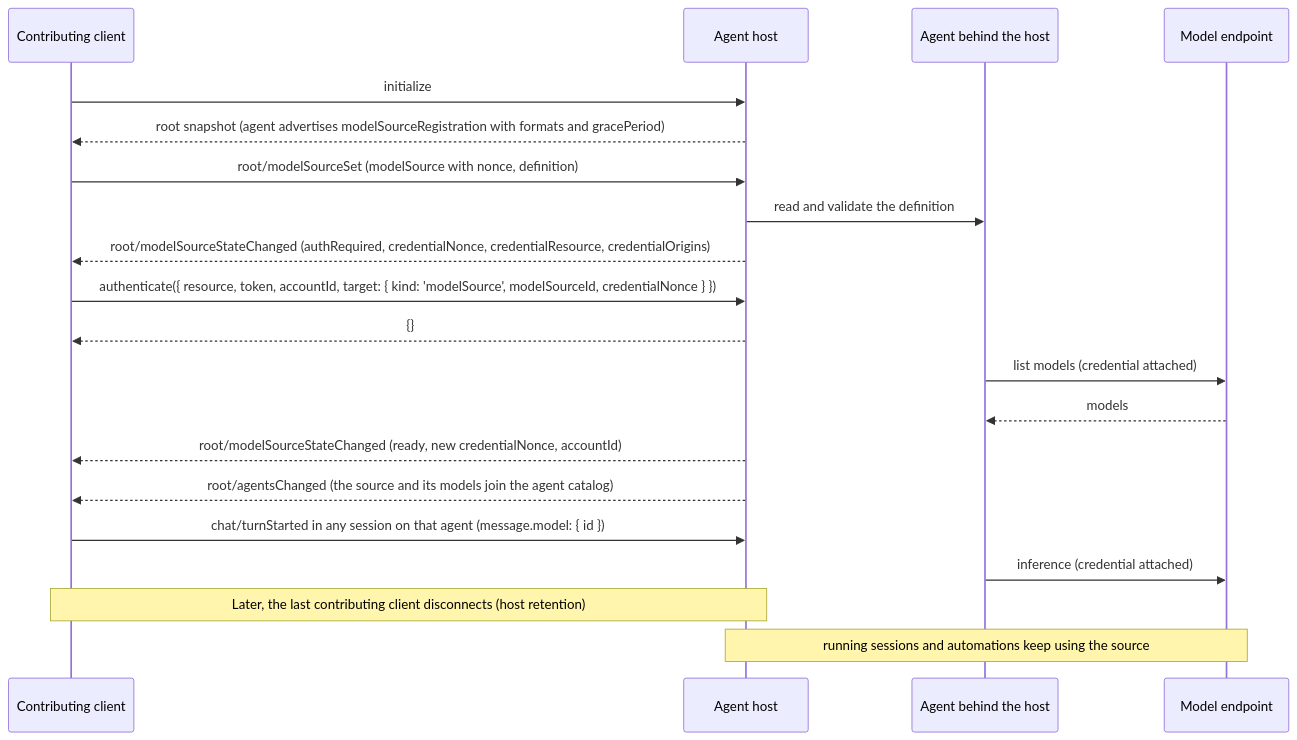
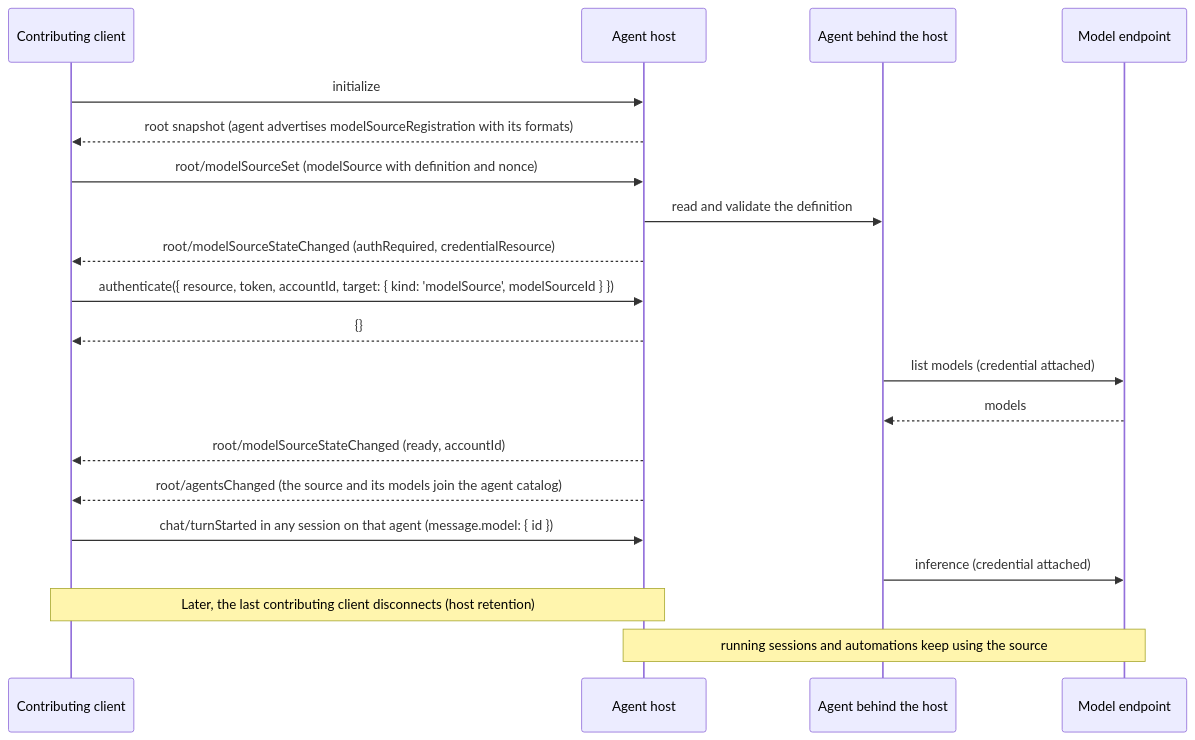
Before and after one commit to microsoft/agent-host-protocol: the second of 2 diagrams in docs/proposals/model-source-registry.md, drawn with Mermaid. The commit also changed other lines of this file, not shown here.

````diff
--- a/docs/proposals/model-source-registry.md
+++ b/docs/proposals/model-source-registry.md
@@ -616,27 +590,27 @@
 ```mermaid
 sequenceDiagram
     participant C as Contributing client
     participant H as Agent host
     participant A as Agent behind the host
     participant E as Model endpoint
 
     C->>H: initialize
-    H-->>C: root snapshot (agent advertises modelSourceRegistration with formats and gracePeriod)
+    H-->>C: root snapshot (agent advertises modelSourceRegistration with its formats)
 
-    C->>H: root/modelSourceSet (modelSource with nonce, definition)
+    C->>H: root/modelSourceSet (modelSource with definition and nonce)
     H->>A: read and validate the definition
-    H-->>C: root/modelSourceStateChanged (authRequired, credentialNonce, credentialResource, credentialOrigins)
+    H-->>C: root/modelSourceStateChanged (authRequired, credentialResource)
 
-    C->>H: authenticate({ resource, token, accountId, target: { kind: 'modelSource', modelSourceId, credentialNonce } })
+    C->>H: authenticate({ resource, token, accountId, target: { kind: 'modelSource', modelSourceId } })
     H-->>C: {}
     A->>E: list models (credential attached)
     E-->>A: models
-    H-->>C: root/modelSourceStateChanged (ready, new credentialNonce, accountId)
+    H-->>C: root/modelSourceStateChanged (ready, accountId)
     H-->>C: root/agentsChanged (the source and its models join the agent catalog)
 
     C->>H: chat/turnStarted in any session on that agent (message.model: { id })
     A->>E: inference (credential attached)
 
     Note over C,H: Later, the last contributing client disconnects (host retention)
     Note over H,E: running sessions and automations keep using the source
 ```
````
